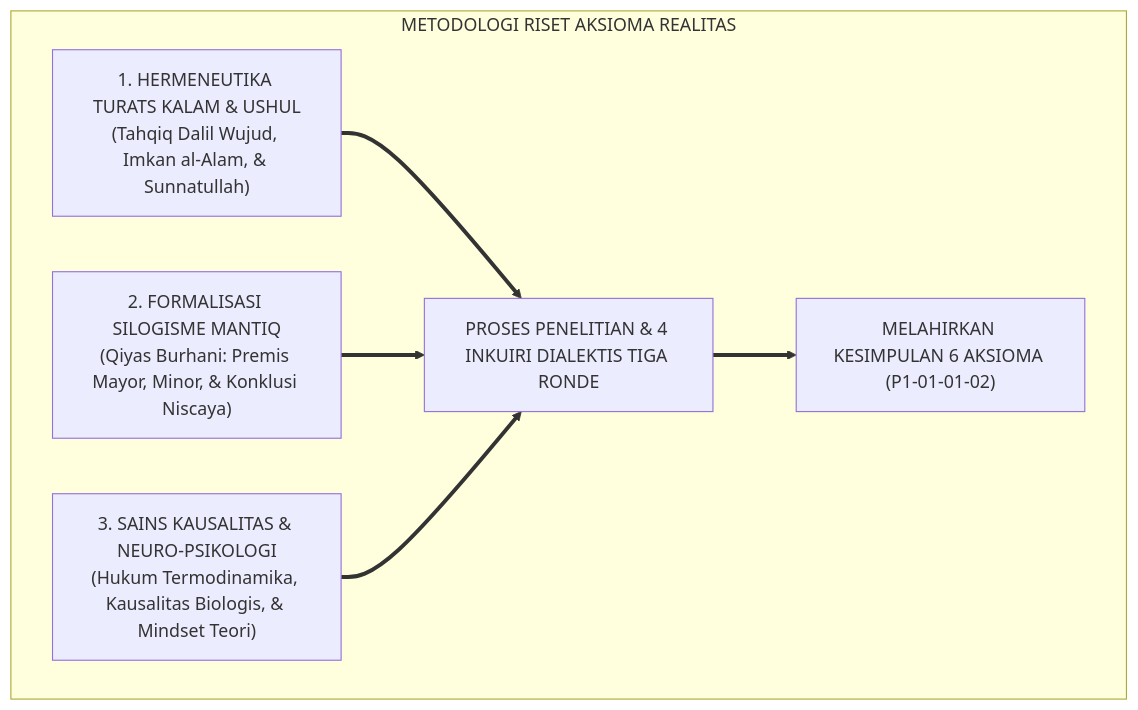
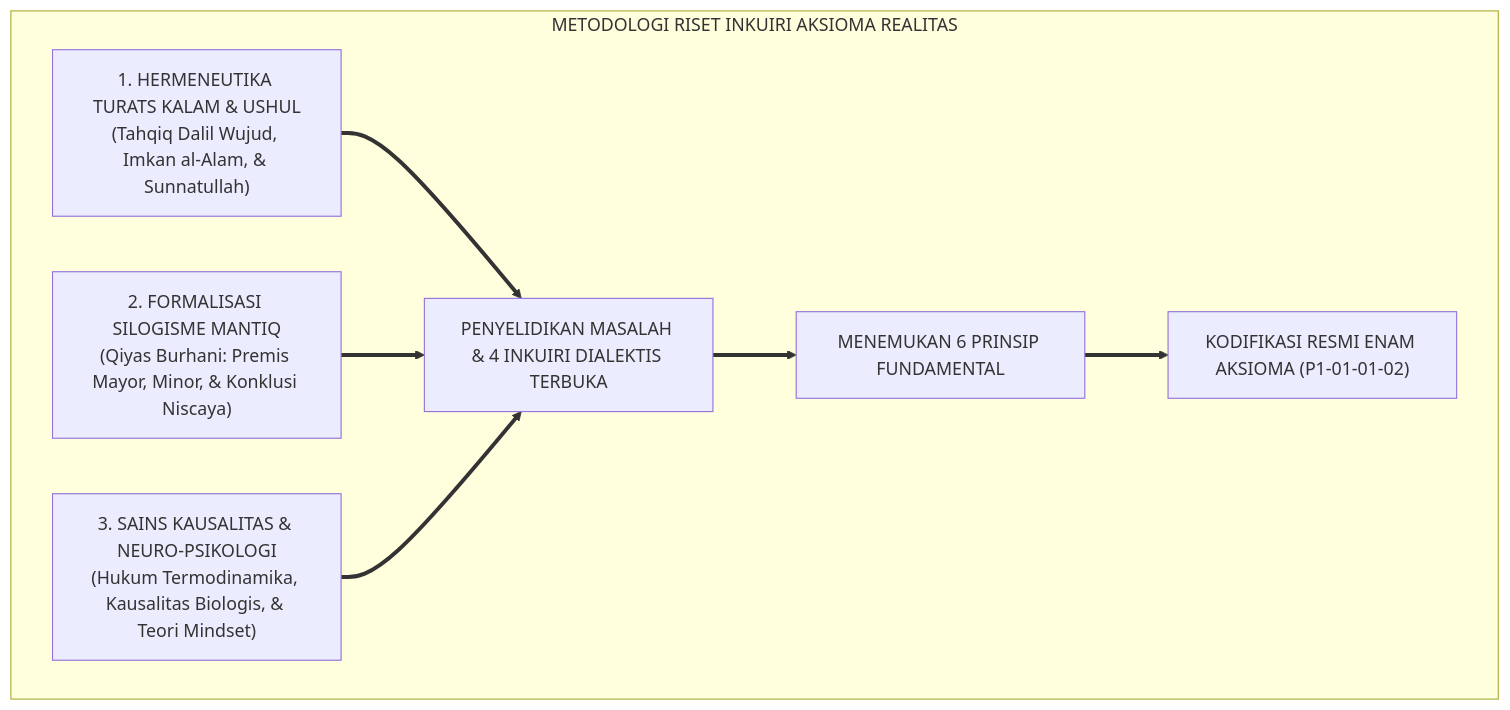
Before and after one commit to wandiapriliyandi/tumbuh: the first of 5 diagrams in 01 Philosophy/01 Worldview/P1-01-01-02-Kajian-Dialektika-Inkuiri-dan-Tanya-Jawab-Aksioma-Realitas.md, drawn with Mermaid. The commit also changed other lines of this file and 1 other file, not shown here.

````diff
--- a/01 Philosophy/01 Worldview/P1-01-01-02-Kajian-Dialektika-Inkuiri-dan-Tanya-Jawab-Aksioma-Realitas.md
+++ b/01 Philosophy/01 Worldview/P1-01-01-02-Kajian-Dialektika-Inkuiri-dan-Tanya-Jawab-Aksioma-Realitas.md
@@ -45,11 +48,12 @@
 ```mermaid
 flowchart TD
-    subgraph MetodologiRisetAksioma["METODOLOGI RISET AKSIOMA REALITAS"]
+    subgraph MetodologiRisetAksioma["METODOLOGI RISET INKUIRI AKSIOMA REALITAS"]
         M1["1. HERMENEUTIKA TURATS KALAM & USHUL<br/>(Tahqiq Dalil Wujud, Imkan al-Alam, & Sunnatullah)"]
         M2["2. FORMALISASI SILOGISME MANTIQ<br/>(Qiyas Burhani: Premis Mayor, Minor, & Konklusi Niscaya)"]
-        M3["3. SAINS KAUSALITAS & NEURO-PSIKOLOGI<br/>(Hukum Termodinamika, Kausalitas Biologis, & Mindset Teori)"]
+        M3["3. SAINS KAUSALITAS & NEURO-PSIKOLOGI<br/>(Hukum Termodinamika, Kausalitas Biologis, & Teori Mindset)"]
         
-        M1 & M2 & M3 ==> RisetAksioma["PROSES PENELITIAN & 4 INKUIRI DIALEKTIS TIGA RONDE"]
-        RisetAksioma ==> OutputAksioma["MELAHIRKAN KESIMPULAN 6 AKSIOMA (P1-01-01-02)"]
+        M1 & M2 & M3 ==> RisetAksioma["PENYELIDIKAN MASALAH & 4 INKUIRI DIALEKTIS TERBUKA"]
+        RisetAksioma ==> Penemuan["MENEMUKAN 6 PRINSIP FUNDAMENTAL"]
+        Penemuan ==> OutputAksioma["KODIFIKASI RESMI ENAM AKSIOMA (P1-01-01-02)"]
     end
 ```
````
